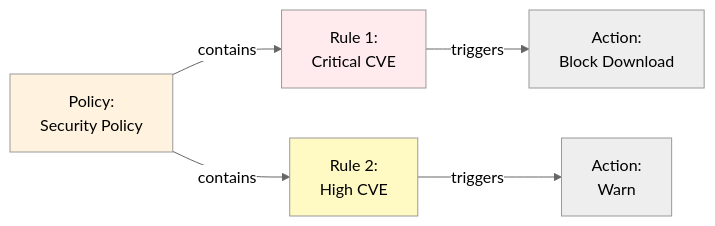
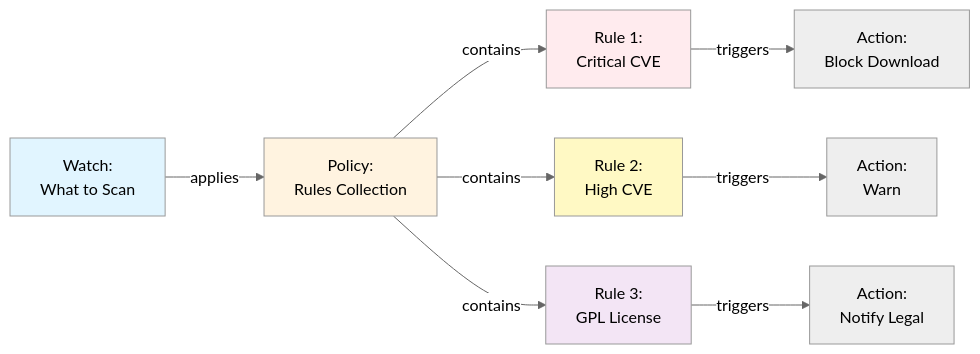
Before and after one commit to jeanparpaillon/tuto_devops_slides: the seventh of 9 diagrams in slides/pages/dev-sonarqube-xray.md, drawn with Mermaid (neutral theme). The commit also changed other lines of this file, not shown here.

````diff
--- a/slides/pages/dev-sonarqube-xray.md
+++ b/slides/pages/dev-sonarqube-xray.md
@@ -969,17 +1281,25 @@
 ```mermaid
 flowchart LR
-    P[Policy:<br/>Security Policy]
+    W[Watch:<br/>What to Scan]
+    P[Policy:<br/>Rules Collection]
     R1[Rule 1:<br/>Critical CVE]
     R2[Rule 2:<br/>High CVE]
+    R3[Rule 3:<br/>GPL License]
     A1[Action:<br/>Block Download]
     A2[Action:<br/>Warn]
+    A3[Action:<br/>Notify Legal]
     
+    W -->|applies| P
     P -->|contains| R1
     P -->|contains| R2
+    P -->|contains| R3
     R1 -->|triggers| A1
     R2 -->|triggers| A2
+    R3 -->|triggers| A3
     
+    style W fill:#e1f5ff
     style P fill:#fff3e0
     style R1 fill:#ffebee
     style R2 fill:#fff9c4
+    style R3 fill:#f3e5f5
 ```
````
